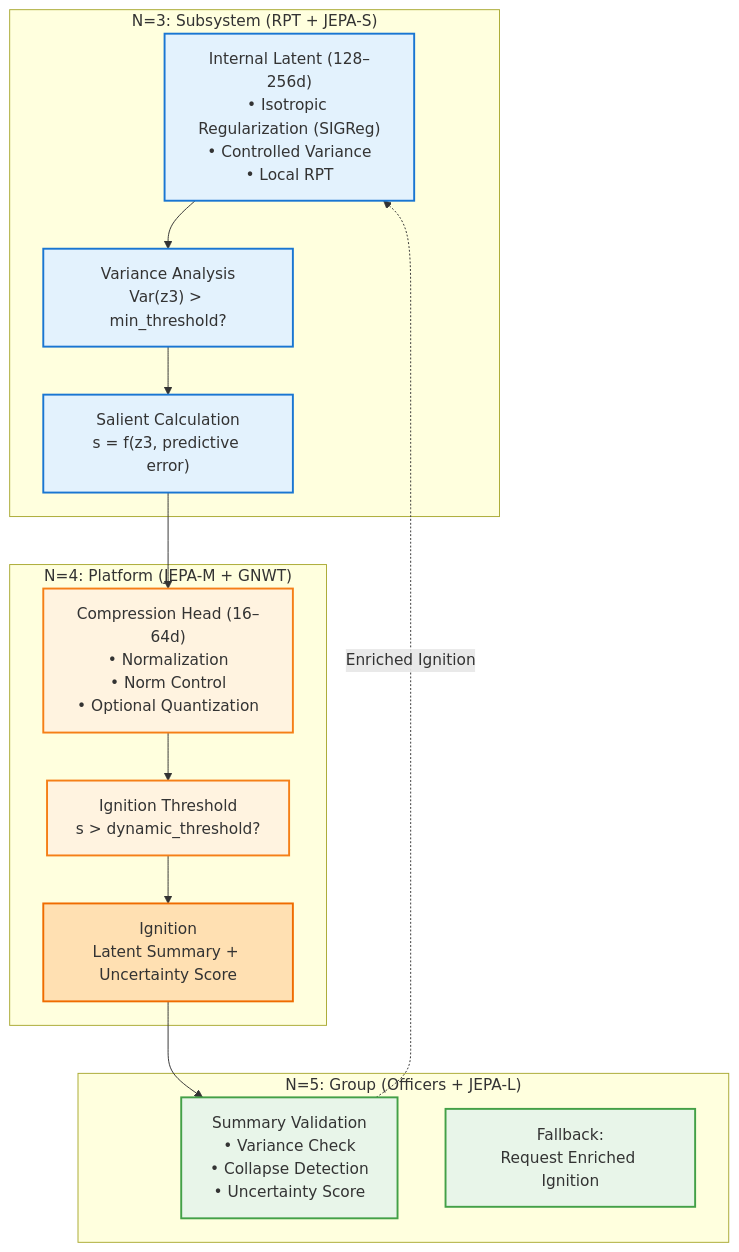
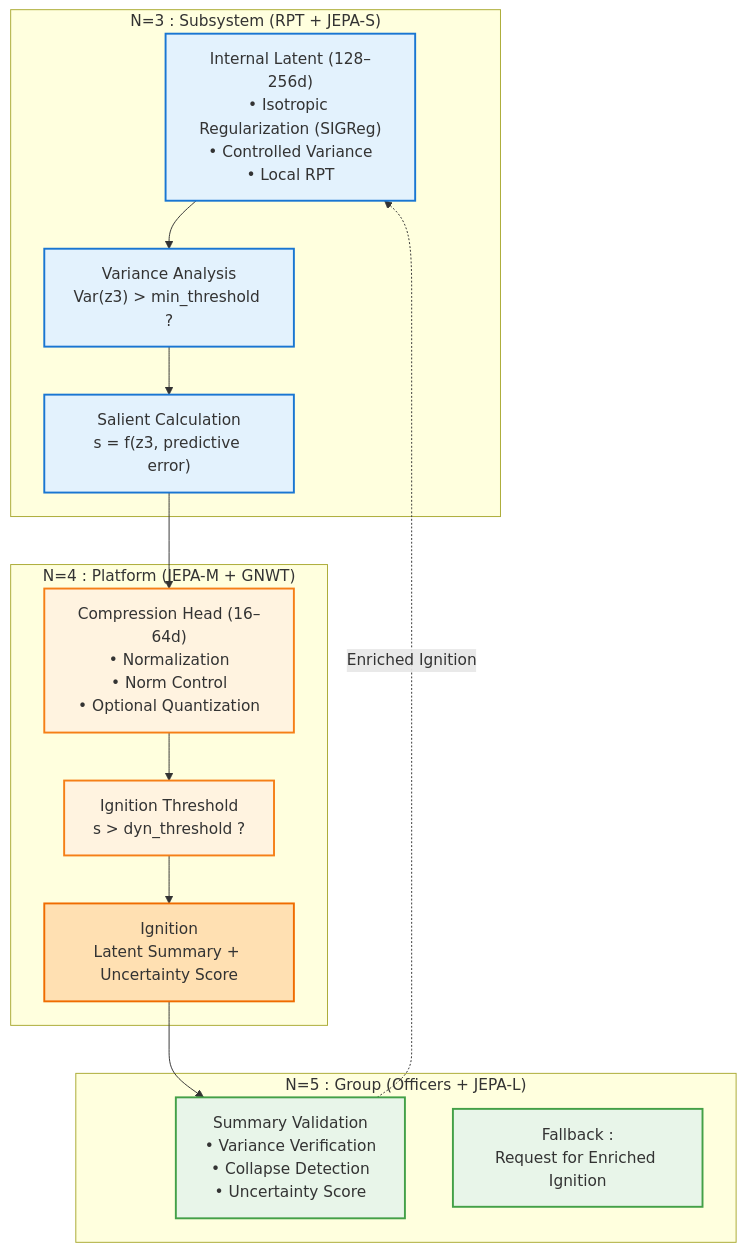
One commit to AlainCo/GNWT-Garrigue-X-en changed the eighth of 8 diagrams in architecture/architecture.md. Above: the diagram before and after it, drawn with Mermaid. The commit also changed other lines of this file and 31 other files, not shown here.

````diff
--- a/architecture/architecture.md
+++ b/architecture/architecture.md
@@ -200,38 +199,38 @@
 ```mermaid
 flowchart TD
 
-    %% --- N3: Internal Latent ---
-    subgraph N3 ["N=3: Subsystem (RPT + JEPA-S)"]
+    %% --- N3 : Internal Latent ---
+    subgraph N3 ["N=3 : Subsystem (RPT + JEPA-S)"]
         L3["Internal Latent (128–256d)\n• Isotropic Regularization (SIGReg)\n• Controlled Variance\n• Local RPT"]
-        V3["Variance Analysis\nVar(z3) > min_threshold?"]
+        V3["Variance Analysis\nVar(z3) > min_threshold ?"]
         S3["Salient Calculation\ns = f(z3, predictive error)"]
     end
 
-    %% --- N4: Compression + Ignition Threshold ---
-    subgraph N4 ["N=4: Platform (JEPA-M + GNWT)"]
+    %% --- N4 : Compression + Ignition Threshold ---
+    subgraph N4 ["N=4 : Platform (JEPA-M + GNWT)"]
         T4["Compression Head (16–64d)\n• Normalization\n• Norm Control\n• Optional Quantization"]
-        Th4["Ignition Threshold\ns > dynamic_threshold?"]
+        Th4["Ignition Threshold\ns > dyn_threshold ?"]
         I4["Ignition\nLatent Summary + Uncertainty Score"]
     end
 
-    %% --- N5: Validation + Fallback ---
-    subgraph N5 ["N=5: Group (Officers + JEPA-L)"]
-        V5["Summary Validation\n• Variance Check\n• Collapse Detection\n• Uncertainty Score"]
-        F5["Fallback:\nRequest Enriched Ignition"]
+    %% --- N5 : Validation + Fallback ---
+    subgraph N5 ["N=5 : Group (Officers + JEPA-L)"]
+        V5["Summary Validation\n• Variance Verification\n• Collapse Detection\n• Uncertainty Score"]
+        F5["Fallback :\nRequest for Enriched Ignition"]
     end
 
     %% --- Flows ---
     L3 --> V3 --> S3 --> T4 --> Th4 --> I4 --> V5
     V5 -.->|"Enriched Ignition"| L3
 
     %% --- Styles ---
     classDef latent fill:#e3f2fd,stroke:#1976d2,stroke-width:2px
     classDef comp fill:#fff3e0,stroke:#f57f17,stroke-width:2px
     classDef ign fill:#ffe0b2,stroke:#ef6c00,stroke-width:2px
     classDef val fill:#e8f5e9,stroke:#43a047,stroke-width:2px
 
     class L3,V3,S3 latent
     class T4,Th4 comp
     class I4 ign
     class V5,F5 val
 ```
````
